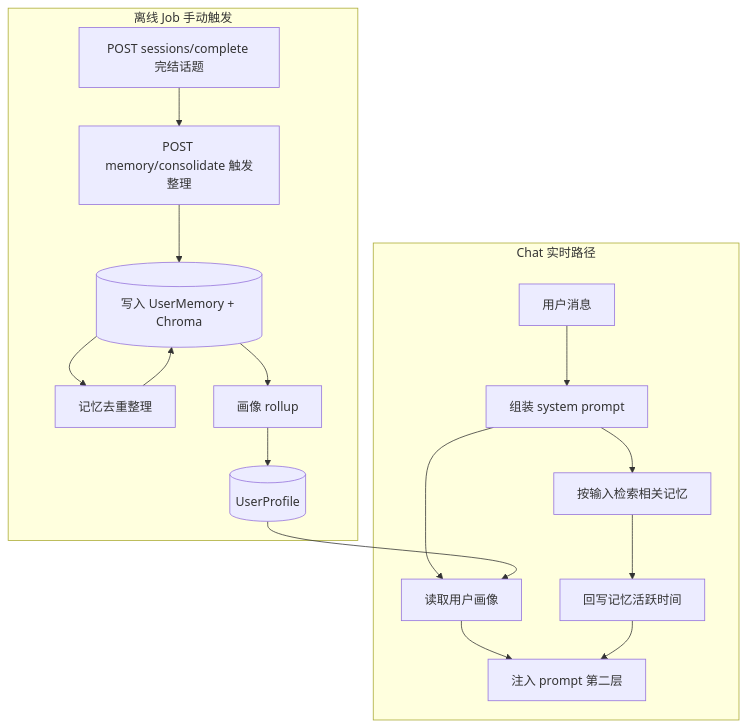
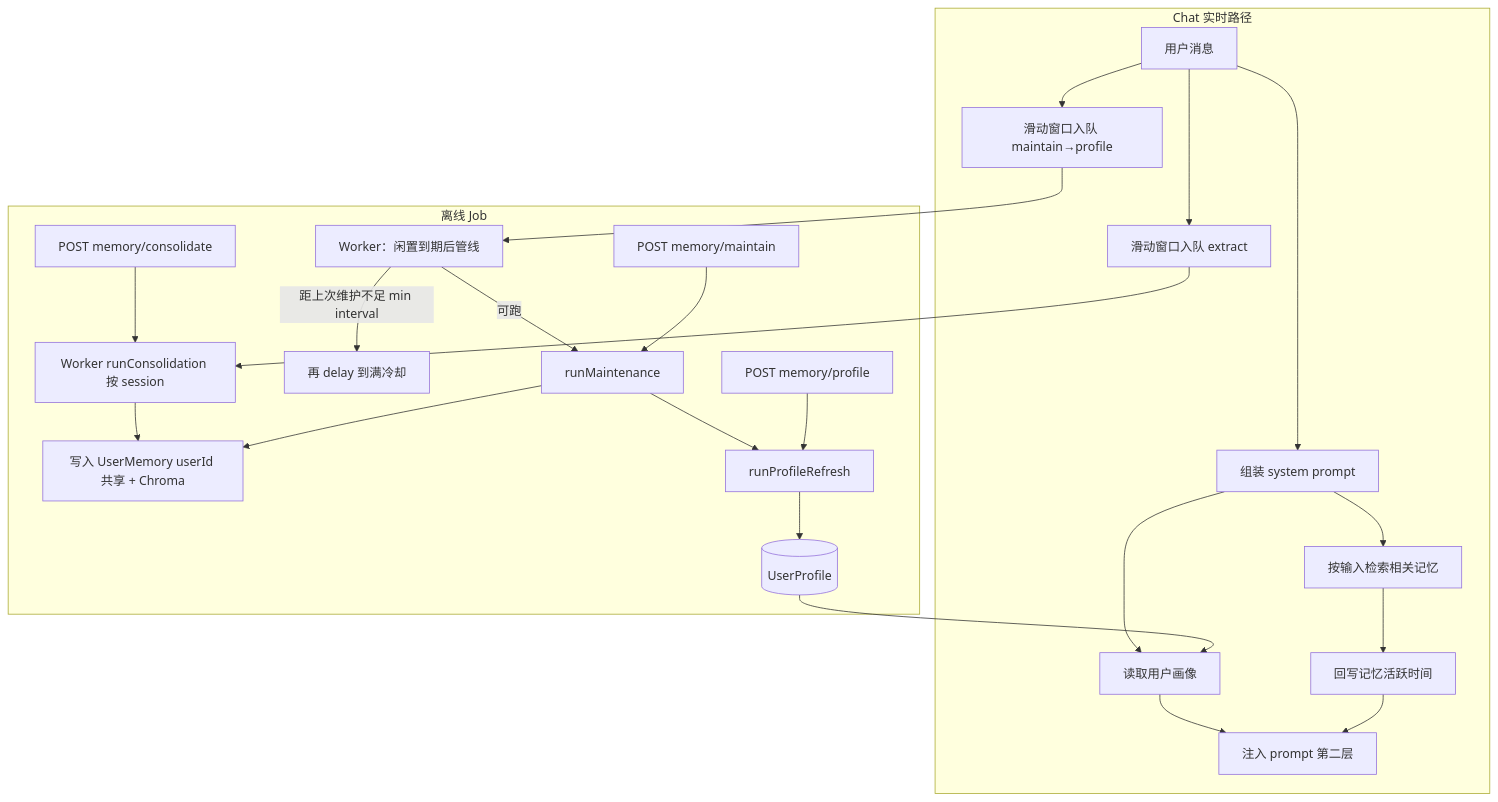
Before and after one commit to lilialab/lilia: the diagram in docs/memory/pipeline.md, drawn with Mermaid. The commit also changed other lines of this file and 54 other files, not shown here.

````diff
--- a/docs/memory/pipeline.md
+++ b/docs/memory/pipeline.md
@@ -7,21 +7,28 @@
 ```mermaid
 flowchart TB
   subgraph chat [Chat 实时路径]
     UserMsg[用户消息] --> AssemblePrompt[组装 system prompt]
+    UserMsg --> ScheduleExtract[滑动窗口入队 extract]
+    UserMsg --> ScheduleMaintain["滑动窗口入队 maintain→profile"]
     AssemblePrompt --> LoadProfile[读取用户画像]
     AssemblePrompt --> RagRecall[按输入检索相关记忆]
     LoadProfile --> InjectPrompt[注入 prompt 第二层]
     RagRecall --> TouchActive[回写记忆活跃时间]
     TouchActive --> InjectPrompt
   end
 
-  subgraph jobs [离线 Job 手动触发]
-    CompleteSession["POST sessions/complete 完结话题"] --> TriggerExtract["POST memory/consolidate 触发整理"]
-    TriggerExtract --> WriteMemory[(写入 UserMemory + Chroma)]
-    WriteMemory --> RunMaintain[记忆去重整理]
-    WriteMemory --> RunProfile[画像 rollup]
+  subgraph jobs [离线 Job]
+    ScheduleExtract --> WorkerExtract["Worker runConsolidation 按 session"]
+    ManualExtract["POST memory/consolidate"] --> WorkerExtract
+    WorkerExtract --> WriteMemory["写入 UserMemory userId 共享 + Chroma"]
+    ScheduleMaintain --> WorkerMaintain["Worker：闲置到期后管线"]
+    WorkerMaintain -->|"距上次维护不足 min interval"| Reschedule[再 delay 到满冷却]
+    WorkerMaintain -->|"可跑"| RunMaintain[runMaintenance]
+    RunMaintain --> RunProfile[runProfileRefresh]
+    ManualMaintain["POST memory/maintain"] --> RunMaintain
+    ManualProfile["POST memory/profile"] --> RunProfile
     RunMaintain --> WriteMemory
     RunProfile --> UserProfile[(UserProfile)]
     UserProfile --> LoadProfile
   end
 ```
````
